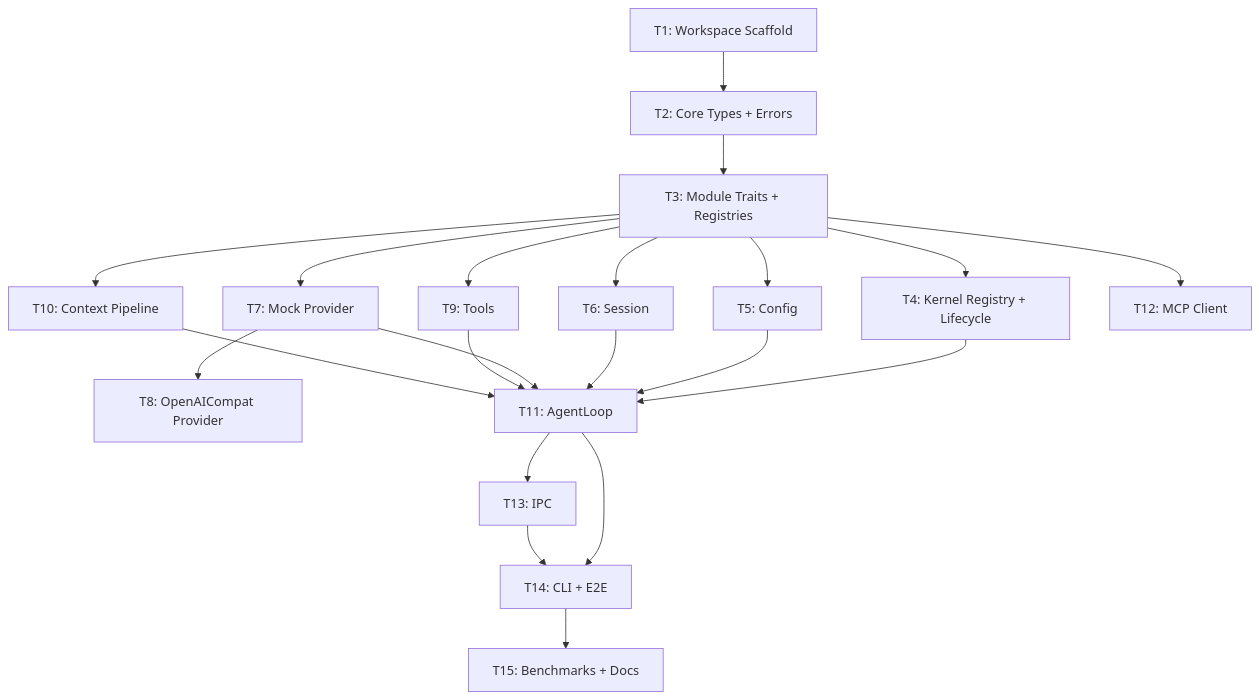
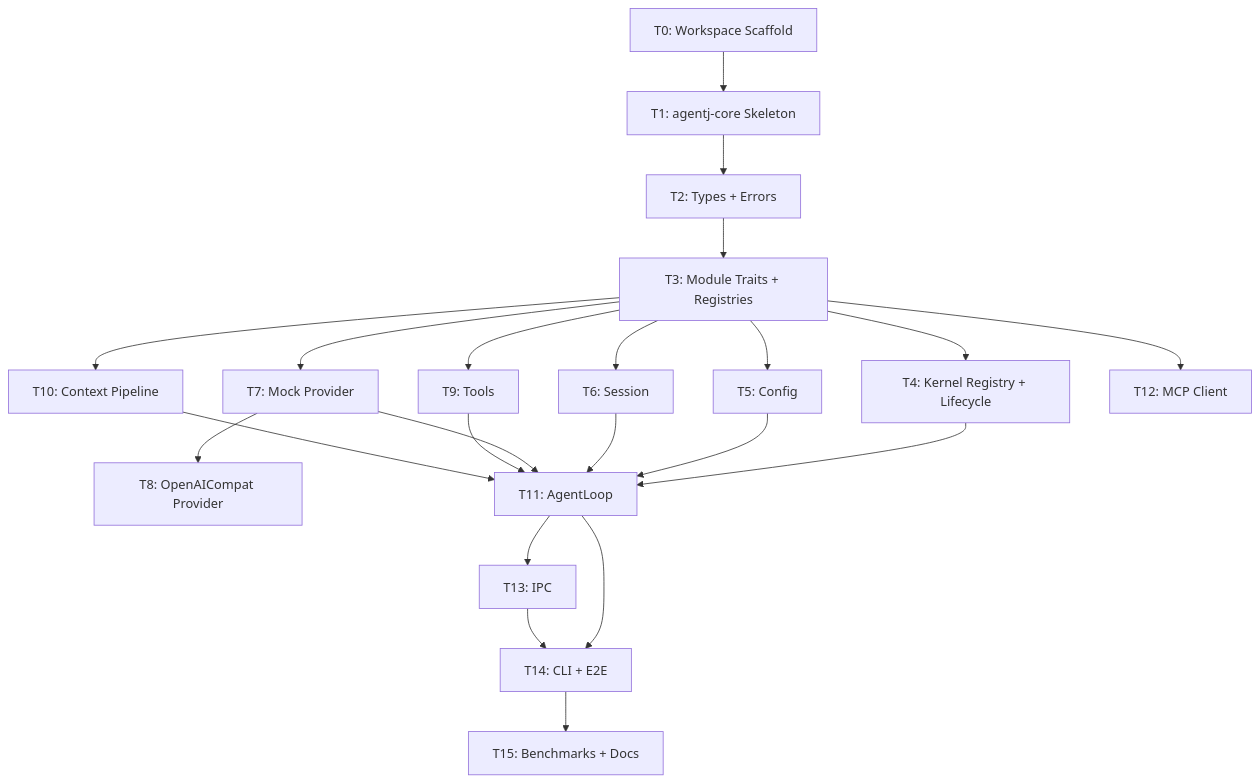
Before and after one commit to JeillZhang/agentj: the diagram in docs/superpowers/plans/2026-08-09-agentj-core-plan.md, drawn with Mermaid. The commit also changed other lines of this file, not shown here.

````diff
--- a/docs/superpowers/plans/2026-08-09-agentj-core-plan.md
+++ b/docs/superpowers/plans/2026-08-09-agentj-core-plan.md
@@ -2728,23 +2817,24 @@
 ```mermaid
 graph TD
-    T1["T1: Workspace Scaffold"] --> T2["T2: Core Types + Errors"]
+    T0["T0: Workspace Scaffold"] --> T1["T1: agentj-core Skeleton"]
+    T1 --> T2["T2: Types + Errors"]
     T2 --> T3["T3: Module Traits + Registries"]
     T3 --> T4["T4: Kernel Registry + Lifecycle"]
     T3 --> T5["T5: Config"]
     T3 --> T6["T6: Session"]
     T3 --> T7["T7: Mock Provider"]
     T3 --> T9["T9: Tools"]
     T3 --> T10["T10: Context Pipeline"]
     T3 --> T12["T12: MCP Client"]
     T7 --> T8["T8: OpenAICompat Provider"]
     T4 --> T11["T11: AgentLoop"]
     T5 --> T11
     T6 --> T11
     T7 --> T11
     T9 --> T11
     T10 --> T11
     T11 --> T13["T13: IPC"]
     T11 --> T14["T14: CLI + E2E"]
     T13 --> T14
     T14 --> T15["T15: Benchmarks + Docs"]
 ```
````
